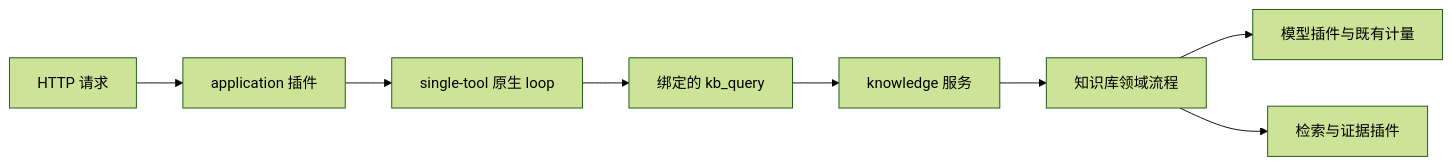
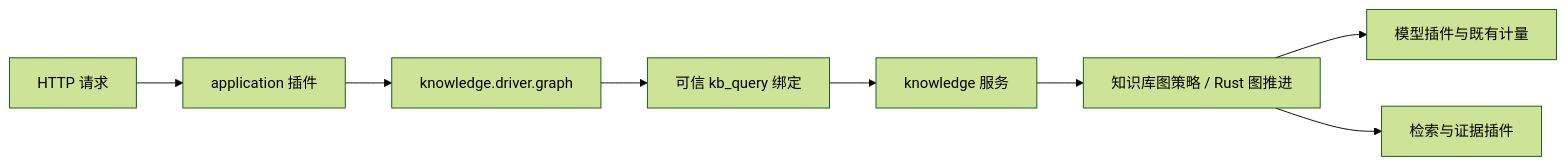
The diagram in docs/plugin-harness.md (Hubujiu/evidence-kb), drawn with Mermaid (forest theme) before and after one commit. The commit also changed other lines of this file and 44 other files, not shown here.

````diff
--- a/docs/plugin-harness.md
+++ b/docs/plugin-harness.md
@@ -45,10 +47,10 @@
 ```mermaid
 flowchart LR
     HTTP[HTTP 请求] --> App[application 插件]
-    App --> Loop[single-tool 原生 loop]
-    Loop --> Tool[绑定的 kb_query]
+    App --> Driver[knowledge.driver.graph]
+    Driver --> Tool[可信 kb_query 绑定]
     Tool --> KB[knowledge 服务]
-    KB --> Workflow[知识库领域流程]
+    KB --> Workflow[知识库图策略 / Rust 图推进]
     Workflow --> Model[模型插件与既有计量]
     Workflow --> RAG[检索与证据插件]
 ```
````
